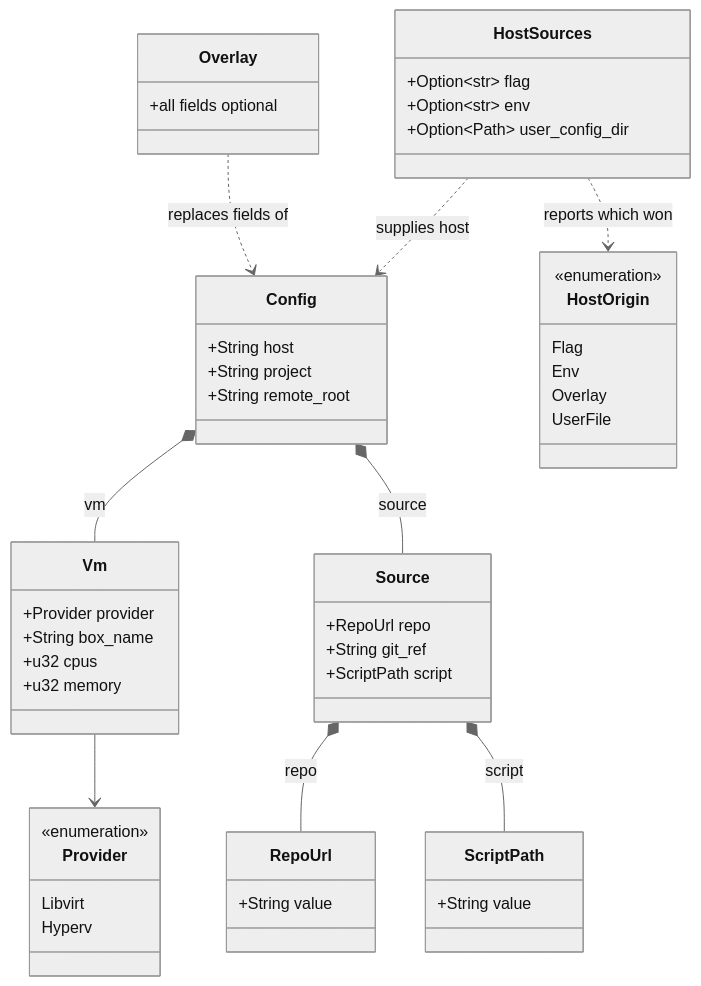
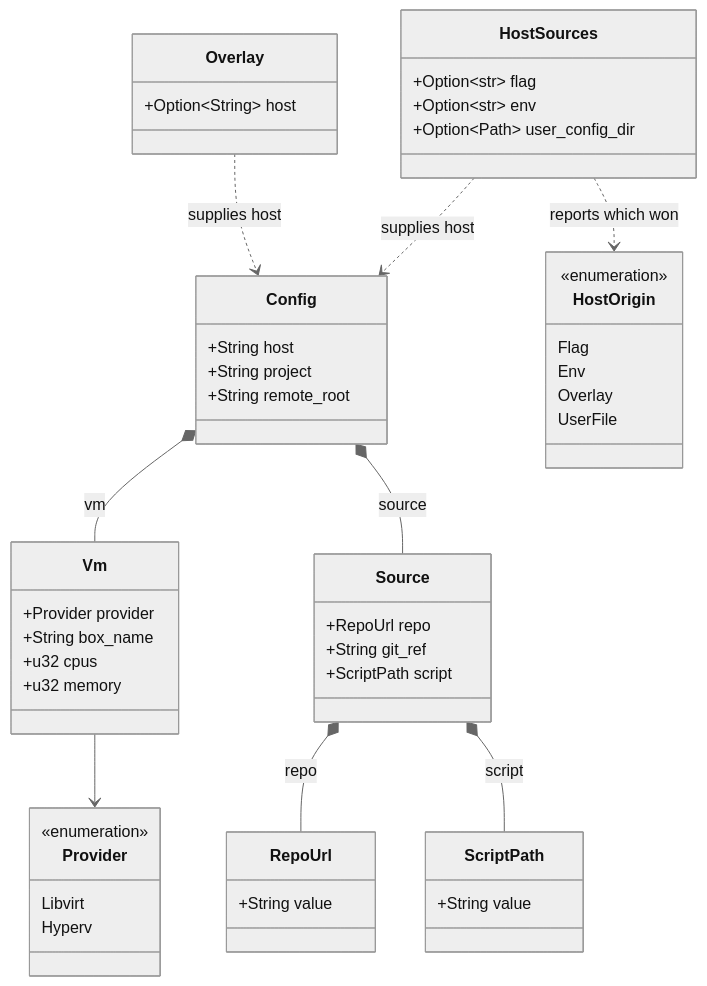
The third of 6 diagrams in docs/architecture.md (breki/bombyx), drawn with Mermaid (neutral theme) before and after one commit. The commit also changed 13 other files, not shown here.

````diff
--- a/docs/architecture.md
+++ b/docs/architecture.md
@@ -128,54 +128,54 @@
 ```mermaid
 classDiagram
   class Config {
     +String host
     +String project
     +String remote_root
   }
   class Vm {
     +Provider provider
     +String box_name
     +u32 cpus
     +u32 memory
   }
   class Source {
     +RepoUrl repo
     +String git_ref
     +ScriptPath script
   }
   class RepoUrl {
     +String value
   }
   class ScriptPath {
     +String value
   }
   class Provider {
     <<enumeration>>
     Libvirt
     Hyperv
   }
   class Overlay {
-    +all fields optional
+    +Option~String~ host
   }
   class HostSources {
     +Option~str~ flag
     +Option~str~ env
     +Option~Path~ user_config_dir
   }
   class HostOrigin {
     <<enumeration>>
     Flag
     Env
     Overlay
     UserFile
   }
 
   Config *-- Vm : vm
   Config *-- Source : source
   Vm --> Provider
   Source *-- RepoUrl : repo
   Source *-- ScriptPath : script
-  Overlay ..> Config : replaces fields of
+  Overlay ..> Config : supplies host
   HostSources ..> Config : supplies host
   HostSources ..> HostOrigin : reports which won
 ```
````
